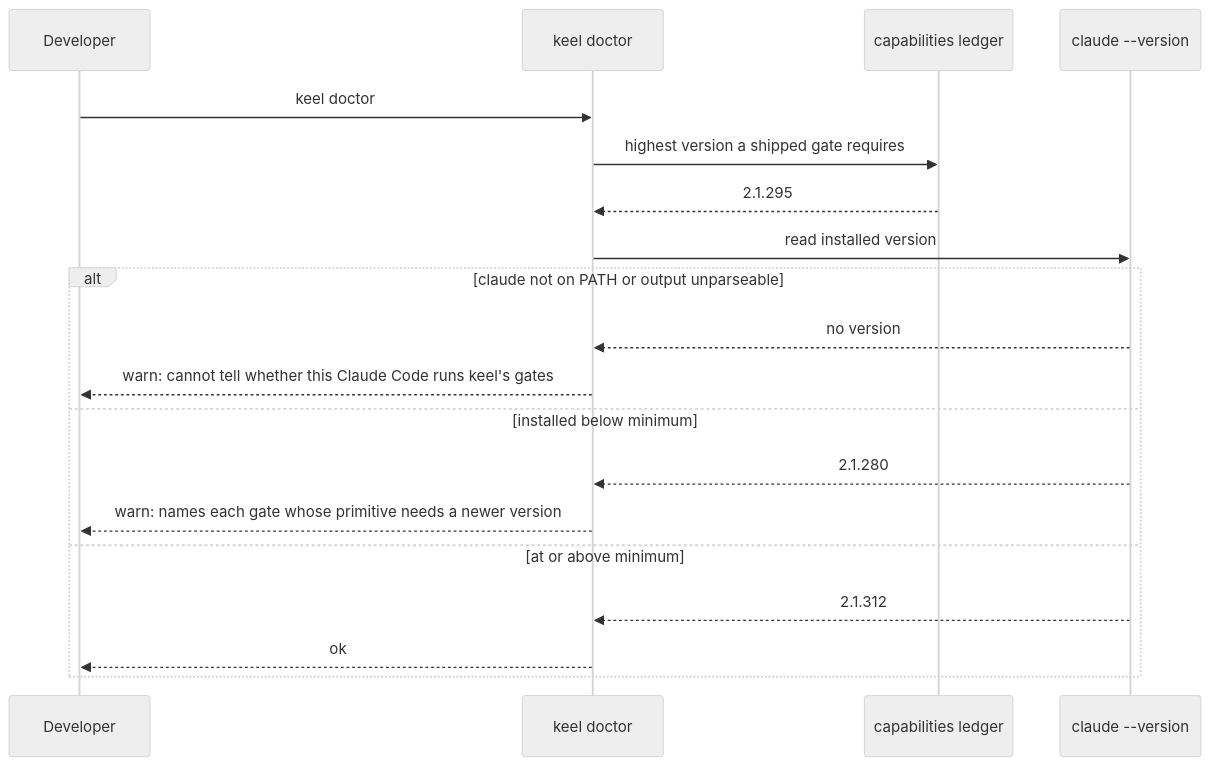
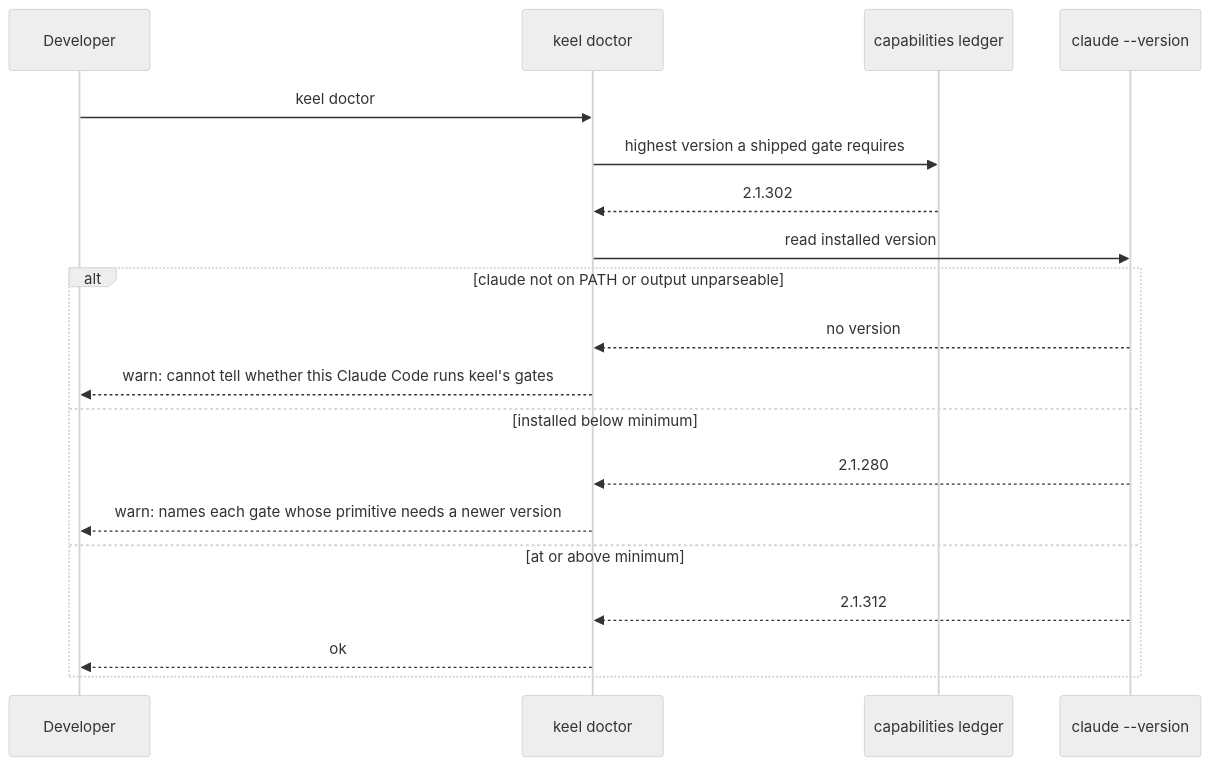
One commit to gbi-solutions-ltd/keel changed the third of 4 diagrams in docs/architecture/claude-code-only.md. Above: the diagram before and after it, drawn with Mermaid (neutral theme). The commit also changed other lines of this file and 64 other files, not shown here.

````diff
--- a/docs/architecture/claude-code-only.md
+++ b/docs/architecture/claude-code-only.md
@@ -131,21 +131,21 @@
 ```mermaid
 sequenceDiagram
     participant U as Developer
     participant D as keel doctor
     participant L as capabilities ledger
     participant C as claude --version
     U->>D: keel doctor
     D->>L: highest version a shipped gate requires
-    L-->>D: 2.1.295
+    L-->>D: 2.1.302
     D->>C: read installed version
     alt claude not on PATH or output unparseable
         C-->>D: no version
         D-->>U: warn: cannot tell whether this Claude Code runs keel's gates
     else installed below minimum
         C-->>D: 2.1.280
         D-->>U: warn: names each gate whose primitive needs a newer version
     else at or above minimum
         C-->>D: 2.1.312
         D-->>U: ok
     end
 ```
````
